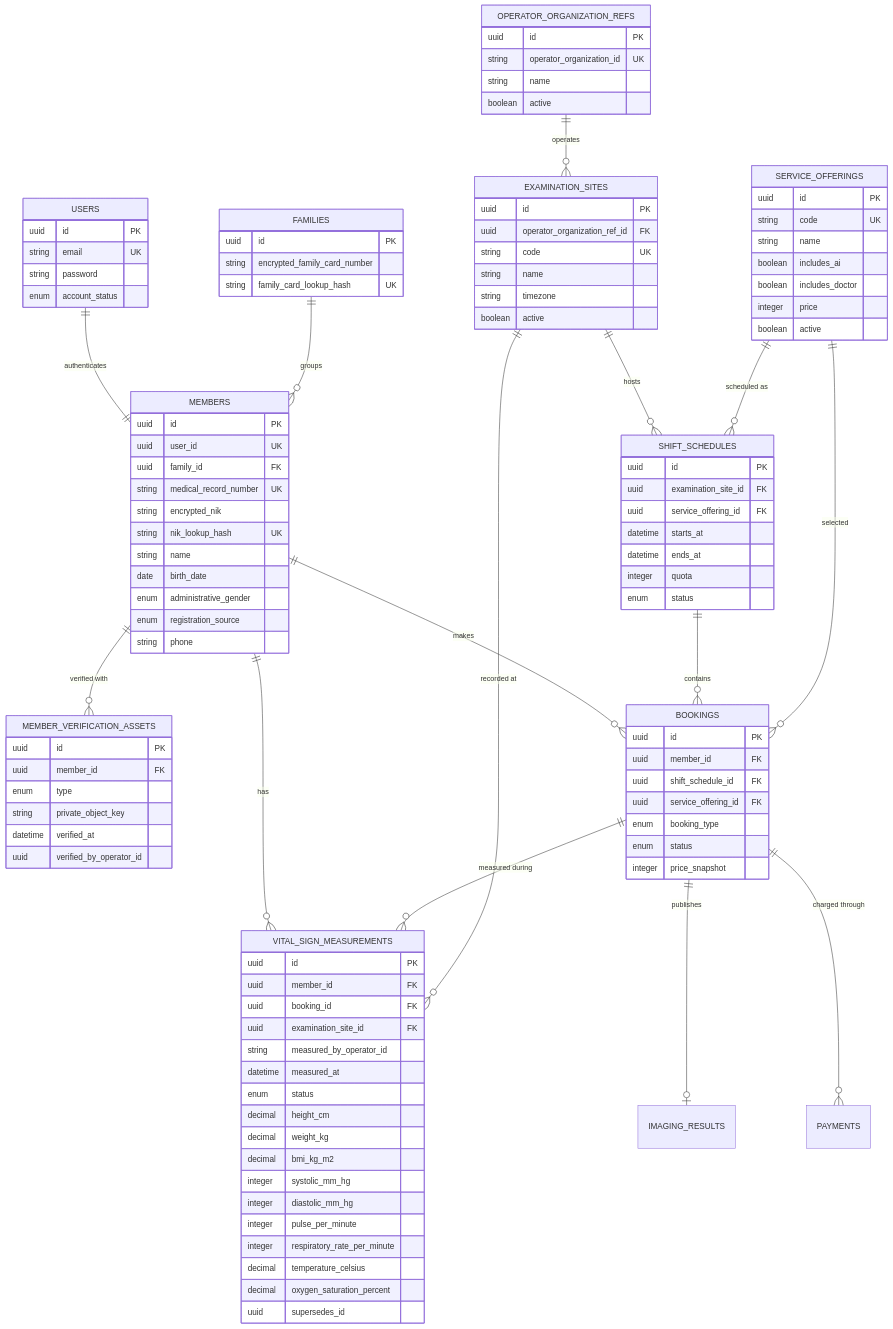
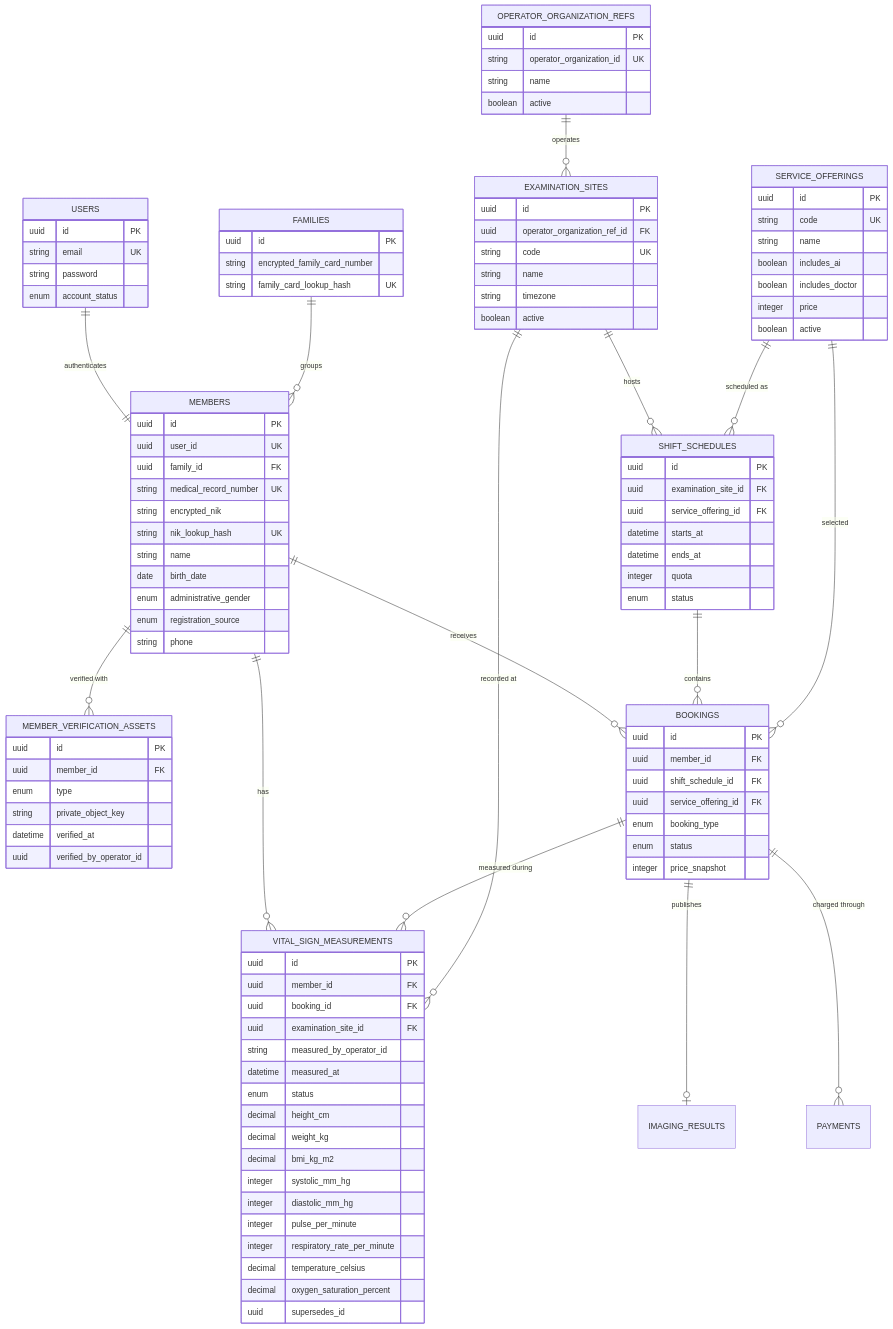
The diagram in docs/technical/mhcs-member-core/project.md (Madeena-software/mhcs-business-docs), drawn with Mermaid before and after one commit. The commit also changed other lines of this file and 7 other files, not shown here.

```diff
--- a/docs/technical/mhcs-member-core/project.md
+++ b/docs/technical/mhcs-member-core/project.md
@@ -105,7 +166,7 @@
     OPERATOR_ORGANIZATION_REFS ||--o{ EXAMINATION_SITES : "operates"
     EXAMINATION_SITES ||--o{ SHIFT_SCHEDULES : "hosts"
     SERVICE_OFFERINGS ||--o{ SHIFT_SCHEDULES : "scheduled as"
-    MEMBERS ||--o{ BOOKINGS : "makes"
+    MEMBERS ||--o{ BOOKINGS : "receives"
     SHIFT_SCHEDULES ||--o{ BOOKINGS : "contains"
     SERVICE_OFFERINGS ||--o{ BOOKINGS : "selected"
     BOOKINGS ||--o{ PAYMENTS : "charged through"
```
